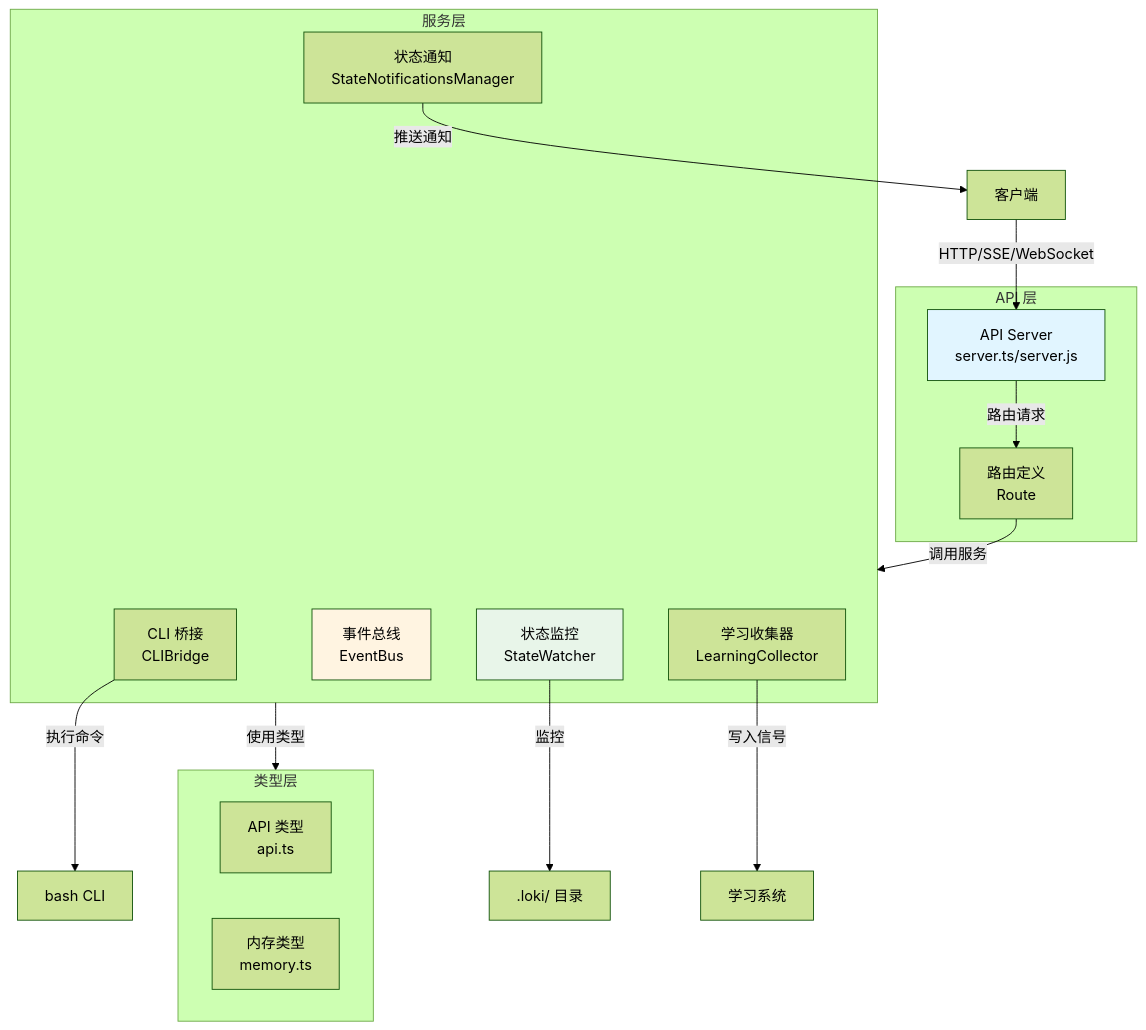
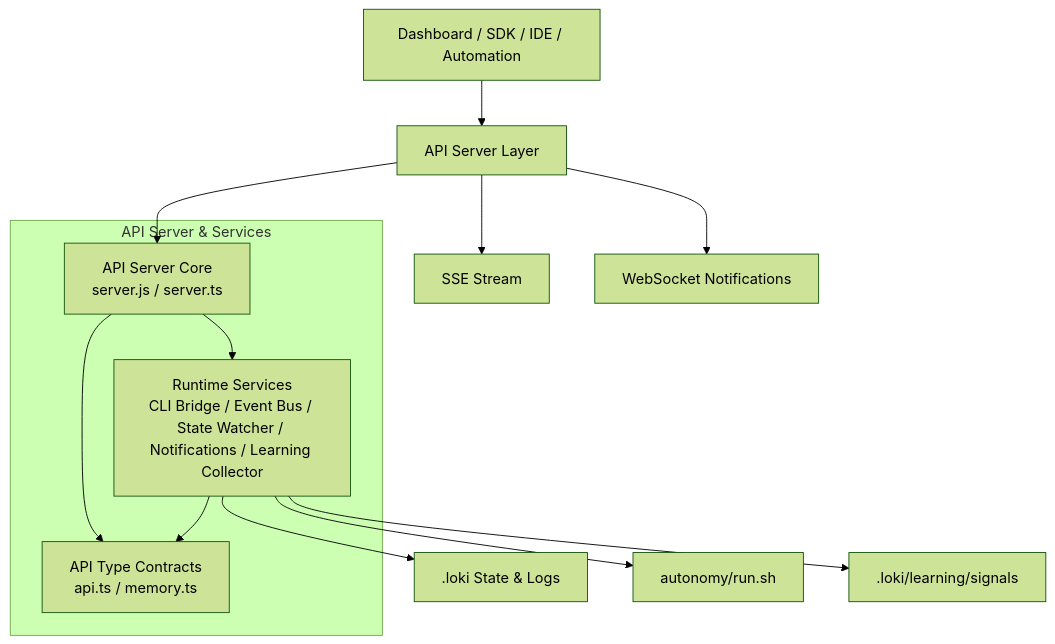
One commit to nerdneilsfield/code-wiki-pages changed the first of 3 diagrams in public/loki-mode-docs/API Server & Services.md. Above: the diagram before and after it, drawn with Mermaid (forest theme). The commit also changed other lines of this file and 399 other files, not shown here.

````diff
--- a/public/loki-mode-docs/API Server & Services.md
+++ b/public/loki-mode-docs/API Server & Services.md
@@ -24,33 +27,22 @@
 ```mermaid
-graph TB
-    subgraph "API 层"
-        Server[API Server<br/>server.ts/server.js]
-        Routes[路由定义<br/>Route]
+flowchart TB
+    Client[Dashboard / SDK / IDE / Automation] --> API[API Server Layer]
+
+    subgraph APILayer[API Server & Services]
+      Core[API Server Core\nserver.js / server.ts]
+      Services[Runtime Services\nCLI Bridge / Event Bus / State Watcher / Notifications / Learning Collector]
+      Contracts[API Type Contracts\napi.ts / memory.ts]
     end
-    
-    subgraph "服务层"
-        CLIBridge[CLI 桥接<br/>CLIBridge]
-        EventBus[事件总线<br/>EventBus]
-        StateWatcher[状态监控<br/>StateWatcher]
-        StateNotifications[状态通知<br/>StateNotificationsManager]
-        LearningCollector[学习收集器<br/>LearningCollector]
-    end
-    
-    subgraph "类型层"
-        APITypes[API 类型<br/>api.ts]
-        MemoryTypes[内存类型<br/>memory.ts]
-    end
-    
-    Client[客户端] -->|HTTP/SSE/WebSocket| Server
-    Server -->|路由请求| Routes
-    Routes -->|调用服务| 服务层
-    服务层 -->|使用类型| 类型层
-    CLIBridge -->|执行命令| CLI[bash CLI]
-    StateWatcher -->|监控| FS[.loki/ 目录]
-    StateNotifications -->|推送通知| Client
-    LearningCollector -->|写入信号| Learning[学习系统]
-    
-    style Server fill:#e1f5ff
-    style EventBus fill:#fff4e1
-    style StateWatcher fill:#e8f5e9
+
+    API --> Core
+    Core --> Services
+    Core --> Contracts
+    Services --> Contracts
+
+    Services --> LokiFS[.loki State & Logs]
+    Services --> RunScript[autonomy/run.sh]
+    Services --> LearnSignals[.loki/learning/signals]
+
+    API --> SSE[SSE Stream]
+    API --> WS[WebSocket Notifications]
 ```
````
